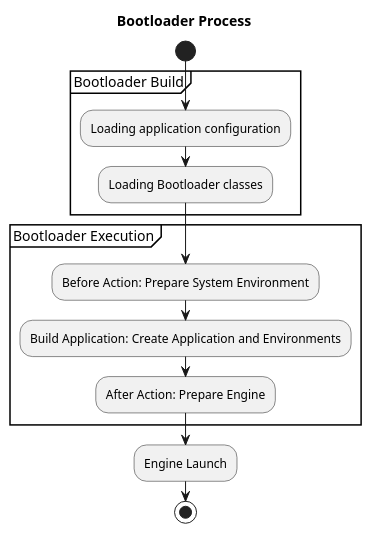
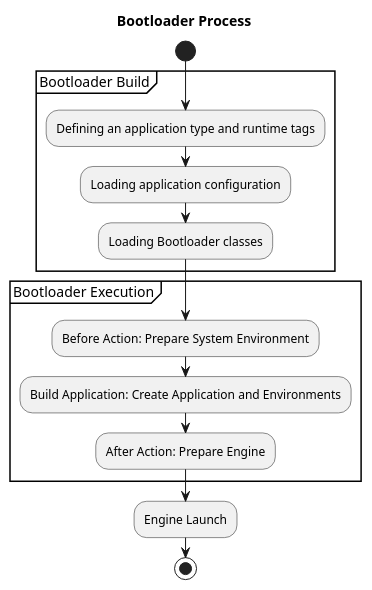
The third of 3 diagrams in docs/03-bootloader.md (EdmondDantes/application), drawn with PlantUML before and after one commit. The commit also changed other lines of this file and 1 other file, not shown here.

````diff
--- a/docs/03-bootloader.md
+++ b/docs/03-bootloader.md
@@ -52,19 +57,20 @@
 ```puml
 @startuml
 title Bootloader Process
 
 start
 group Bootloader Build
+  :Defining an application type and runtime tags;
   :Loading application configuration;
   :Loading Bootloader classes;
 end group
 group Bootloader Execution
   :Before Action: Prepare System Environment;
   :Build Application: Create Application and Environments;
   :After Action: Prepare Engine;
 end group
 :Engine Launch;
 stop
 
 @enduml
 ```
````
